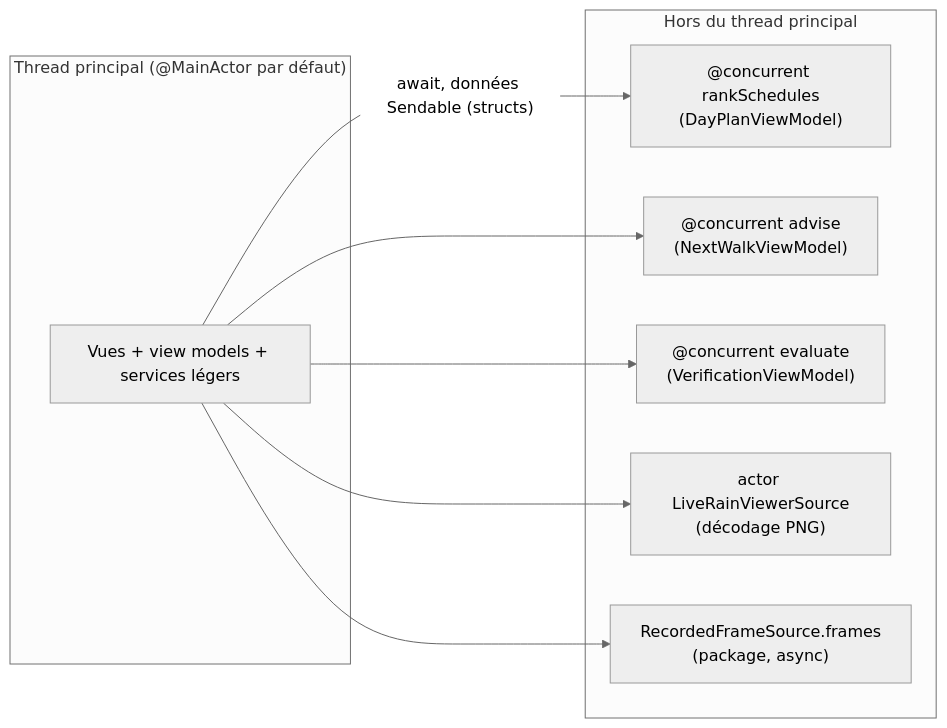
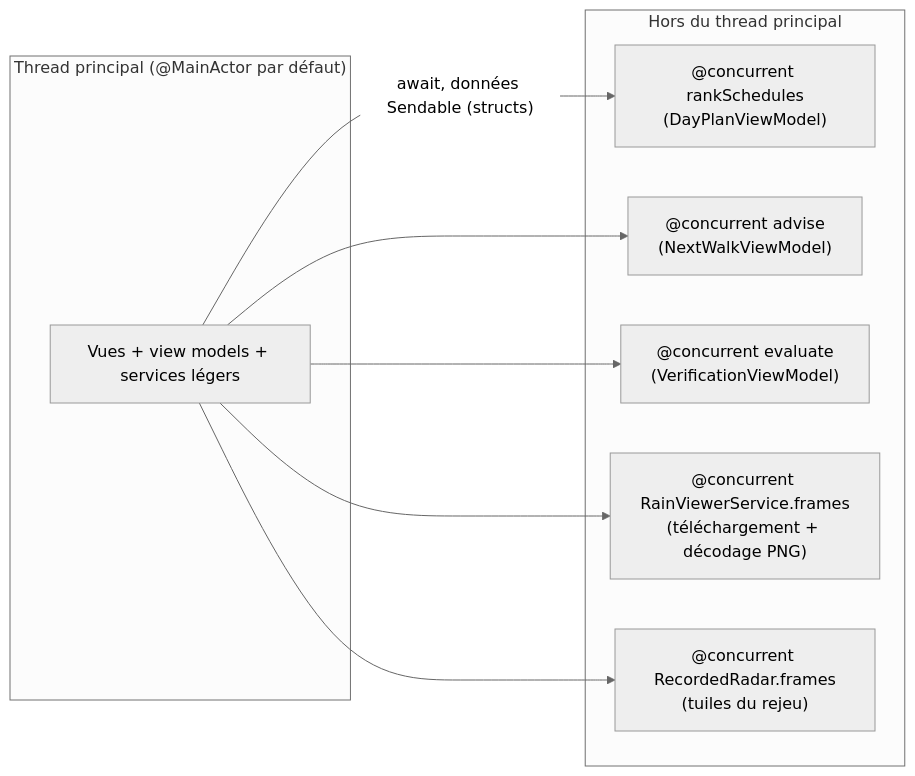
Diagram 11 of 14 in docs/explication-du-code.md (clembdn/WeatherWindows), drawn with Mermaid (neutral theme) before and after one commit. The commit also changed other lines of this file and 240 other files, not shown here.

````diff
--- a/docs/explication-du-code.md
+++ b/docs/explication-du-code.md
@@ -457,18 +566,18 @@
 ```mermaid
 flowchart LR
     subgraph MAIN["Thread principal (@MainActor par défaut)"]
         UI["Vues + view models + services légers"]
     end
     subgraph OFF["Hors du thread principal"]
         SOLV["@concurrent rankSchedules<br/>(DayPlanViewModel)"]
         ADV["@concurrent advise<br/>(NextWalkViewModel)"]
         VERI["@concurrent evaluate<br/>(VerificationViewModel)"]
-        RV["actor LiveRainViewerSource<br/>(décodage PNG)"]
-        REC["RecordedFrameSource.frames<br/>(package, async)"]
+        RV["@concurrent RainViewerService.frames<br/>(téléchargement + décodage PNG)"]
+        REC["@concurrent RecordedRadar.frames<br/>(tuiles du rejeu)"]
     end
     UI -->|"await, données Sendable (structs)"| SOLV
     UI --> ADV
     UI --> VERI
     UI --> RV
     UI --> REC
 ```
````
